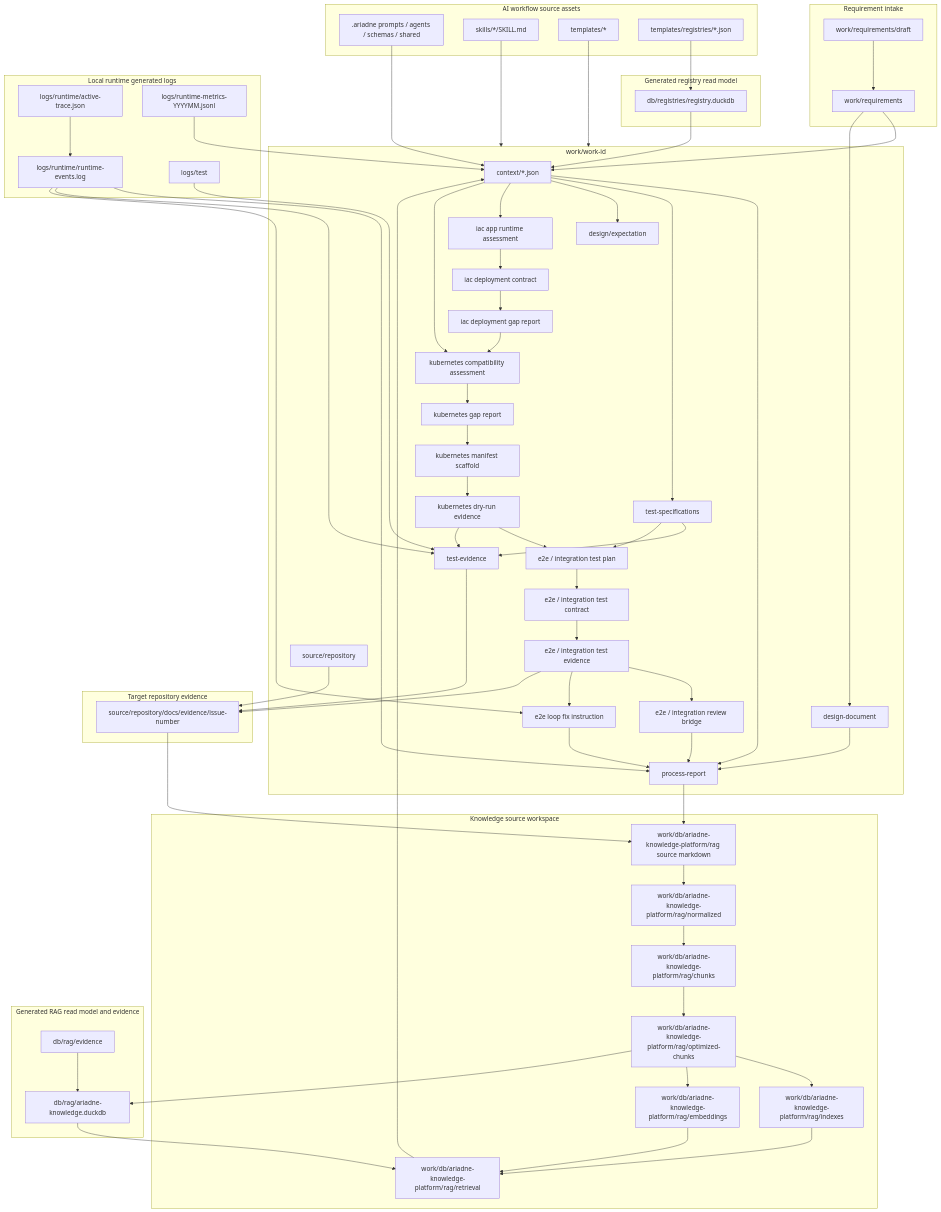
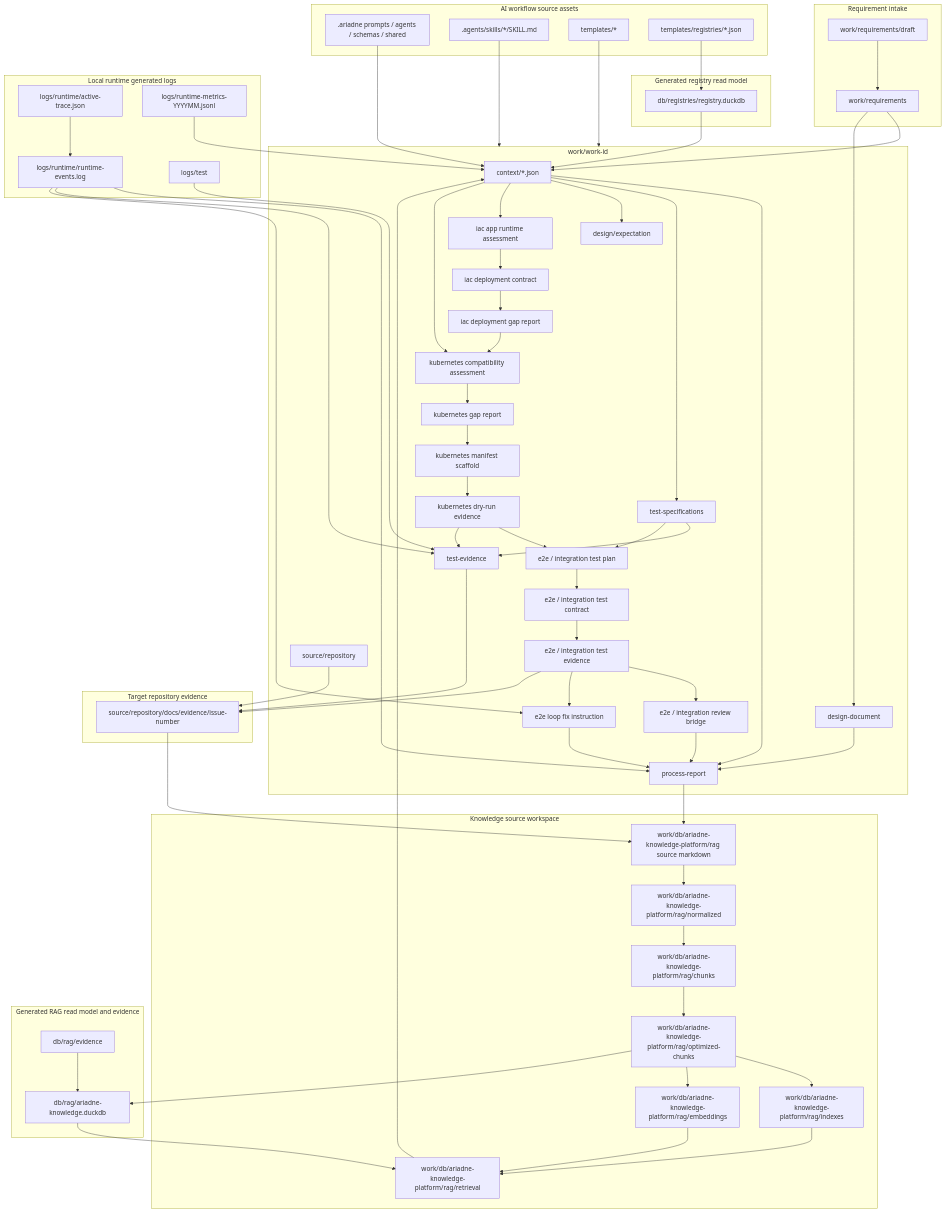
Before and after one commit to inabako/ariadne-ai-workflow-platform: the first of 5 diagrams in docs/diagrams/artifact-lifecycle-map.md, drawn with Mermaid. The commit also changed other lines of this file and 75 other files, not shown here.

```diff
--- a/docs/diagrams/artifact-lifecycle-map.md
+++ b/docs/diagrams/artifact-lifecycle-map.md
@@ -10,7 +10,7 @@
 flowchart TD
   subgraph WorkflowAssets[AI workflow source assets]
     Ariadne[.ariadne prompts / agents / schemas / shared]
-    Skills[skills/*/SKILL.md]
+    Skills[.agents/skills/*/SKILL.md]
     Templates[templates/*]
     RegistrySeeds[templates/registries/*.json]
   end
```
